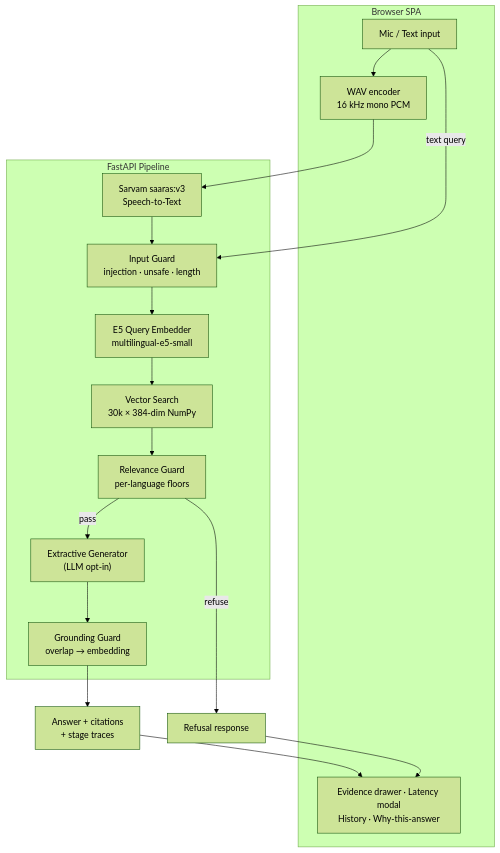
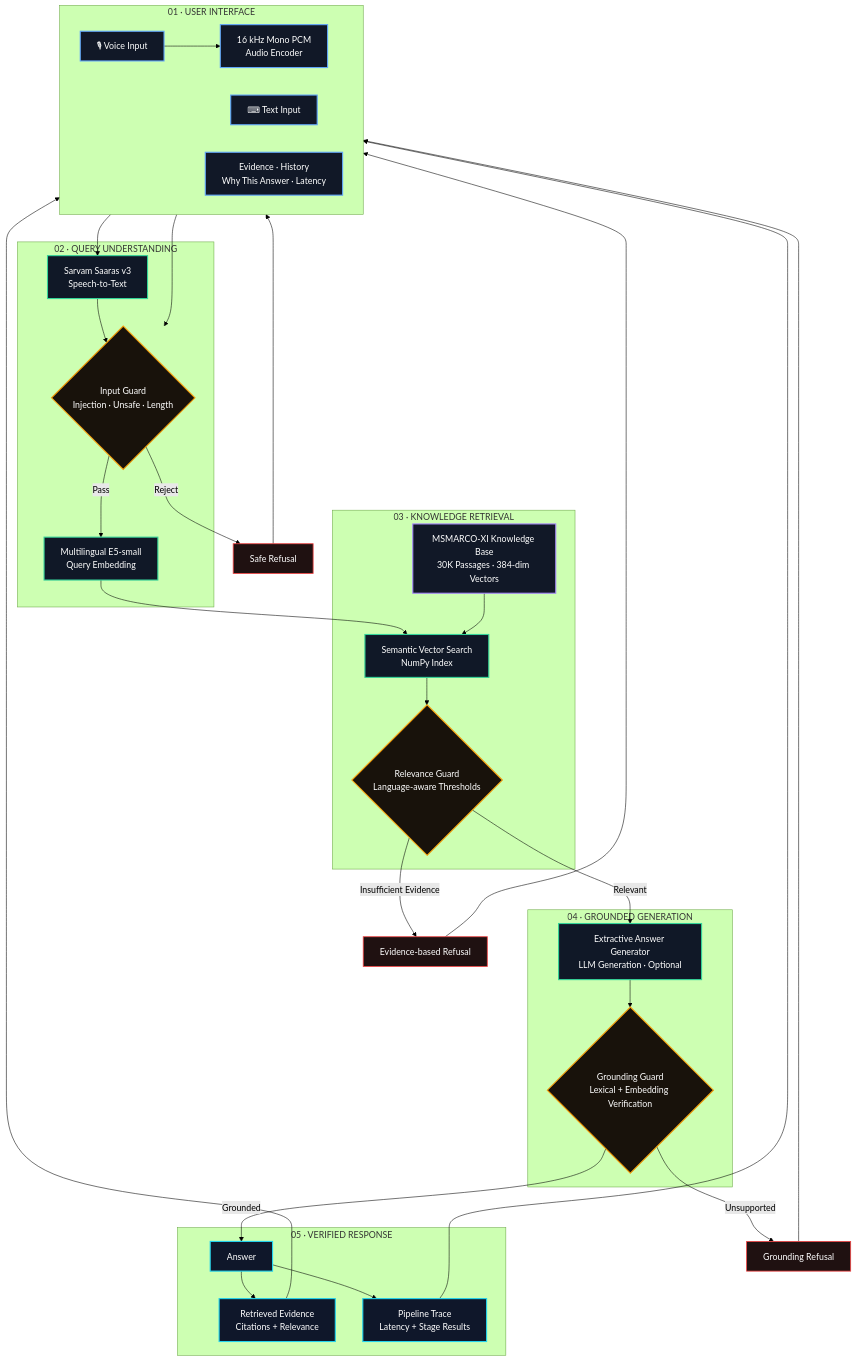
Before and after one commit to The-Infernix/VOICE-RAG: the diagram in README.md, drawn with Mermaid (forest theme).

Commit message:
Update architecture diagram in README

````diff
--- a/README.md
+++ b/README.md
@@ -69,27 +69,105 @@
 ```mermaid
 flowchart TB
-    subgraph CLIENT["Browser SPA"]
-        MIC["Mic / Text input"]
-        WAV["WAV encoder<br/>16 kHz mono PCM"]
-        UI["Evidence drawer · Latency modal<br/>History · Why-this-answer"]
+
+    %% =========================
+    %% CLIENT
+    %% =========================
+    subgraph CLIENT["01 · USER INTERFACE"]
+        direction LR
+        MIC["🎙 Voice Input"]
+        TXT["⌨ Text Input"]
+        WAV["16 kHz Mono PCM<br/>Audio Encoder"]
+        UI["Evidence · History<br/>Why This Answer · Latency"]
+        
+        MIC --> WAV
     end
 
-    subgraph PIPELINE["FastAPI Pipeline"]
-        STT["Sarvam saaras:v3<br/>Speech-to-Text"]
-        IG["Input Guard<br/>injection · unsafe · length"]
-        EMB["E5 Query Embedder<br/>multilingual-e5-small"]
-        RET["Vector Search<br/>30k × 384-dim NumPy"]
-        RG["Relevance Guard<br/>per-language floors"]
-        GEN["Extractive Generator<br/>(LLM opt-in)"]
-        GG["Grounding Guard<br/>overlap → embedding"]
+    %% =========================
+    %% QUERY UNDERSTANDING
+    %% =========================
+    subgraph UNDERSTAND["02 · QUERY UNDERSTANDING"]
+        STT["Sarvam Saaras v3<br/>Speech-to-Text"]
+        IG{"Input Guard<br/>Injection · Unsafe · Length"}
+        EMB["Multilingual E5-small<br/>Query Embedding"]
     end
 
-    MIC --> WAV --> STT --> IG
-    MIC -- "text query" --> IG
-    IG --> EMB --> RET --> RG
-    RG -- "pass" --> GEN --> GG
-    RG -- "refuse" --> OUT["Refusal response"]
-    GG --> RESP["Answer + citations<br/>+ stage traces"]
-    RESP --> UI
-    OUT --> UI
+    %% =========================
+    %% RETRIEVAL
+    %% =========================
+    subgraph RETRIEVAL["03 · KNOWLEDGE RETRIEVAL"]
+        VS["MSMARCO-XI Knowledge Base<br/>30K Passages · 384-dim Vectors"]
+        SEARCH["Semantic Vector Search<br/>NumPy Index"]
+        RG{"Relevance Guard<br/>Language-aware Thresholds"}
+    end
+
+    %% =========================
+    %% GENERATION
+    %% =========================
+    subgraph GENERATION["04 · GROUNDED GENERATION"]
+        GEN["Extractive Answer Generator<br/>LLM Generation · Optional"]
+        GG{"Grounding Guard<br/>Lexical + Embedding Verification"}
+    end
+
+    %% =========================
+    %% OUTPUT
+    %% =========================
+    subgraph OUTPUT["05 · VERIFIED RESPONSE"]
+        ANS["Answer"]
+        EVID["Retrieved Evidence<br/>Citations + Relevance"]
+        TRACE["Pipeline Trace<br/>Latency + Stage Results"]
+    end
+
+    %% =========================
+    %% INPUT FLOWS
+    %% =========================
+    WAV --> STT
+    TXT --> IG
+    STT --> IG
+
+    %% =========================
+    %% QUERY FLOW
+    %% =========================
+    IG -->|Pass| EMB
+    IG -->|Reject| REF1["Safe Refusal"]
+
+    EMB --> SEARCH
+    VS --> SEARCH
+    SEARCH --> RG
+
+    RG -->|Relevant| GEN
+    RG -->|Insufficient Evidence| REF2["Evidence-based Refusal"]
+
+    GEN --> GG
+
+    GG -->|Grounded| ANS
+    GG -->|Unsupported| REF3["Grounding Refusal"]
+
+    %% =========================
+    %% RESPONSE
+    %% =========================
+    ANS --> EVID
+    ANS --> TRACE
+    EVID --> UI
+    TRACE --> UI
+
+    REF1 --> UI
+    REF2 --> UI
+    REF3 --> UI
+
+    %% =========================
+    %% STYLES
+    %% =========================
+    classDef client fill:#111827,stroke:#60a5fa,color:#fff,stroke-width:2px
+    classDef process fill:#101827,stroke:#34d399,color:#fff,stroke-width:2px
+    classDef guard fill:#18120b,stroke:#f59e0b,color:#fff,stroke-width:2px
+    classDef knowledge fill:#111827,stroke:#a78bfa,color:#fff,stroke-width:2px
+    classDef output fill:#0f172a,stroke:#22d3ee,color:#fff,stroke-width:2px
+    classDef refusal fill:#1f1111,stroke:#ef4444,color:#fff,stroke-width:1.5px
+
+    class MIC,TXT,WAV,UI client
+    class STT,EMB,GEN,SEARCH process
+    class IG,RG,GG guard
+    class VS knowledge
+    class ANS,EVID,TRACE output
+    class REF1,REF2,REF3 refusal
 ```
````
